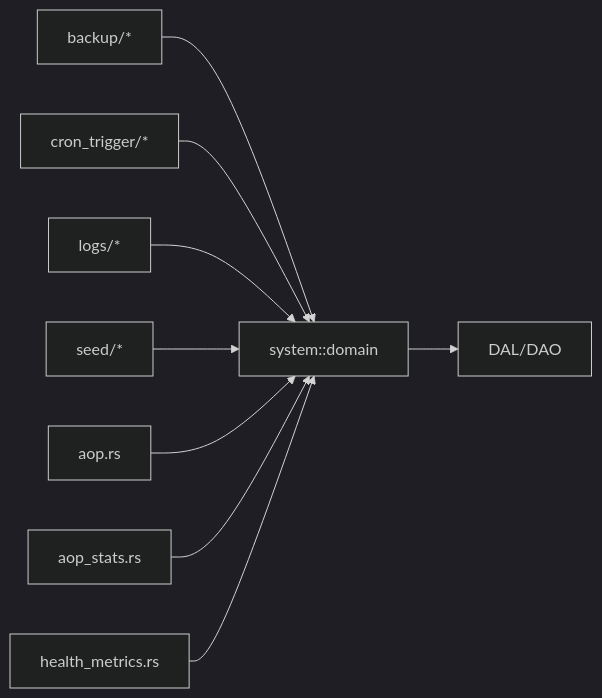
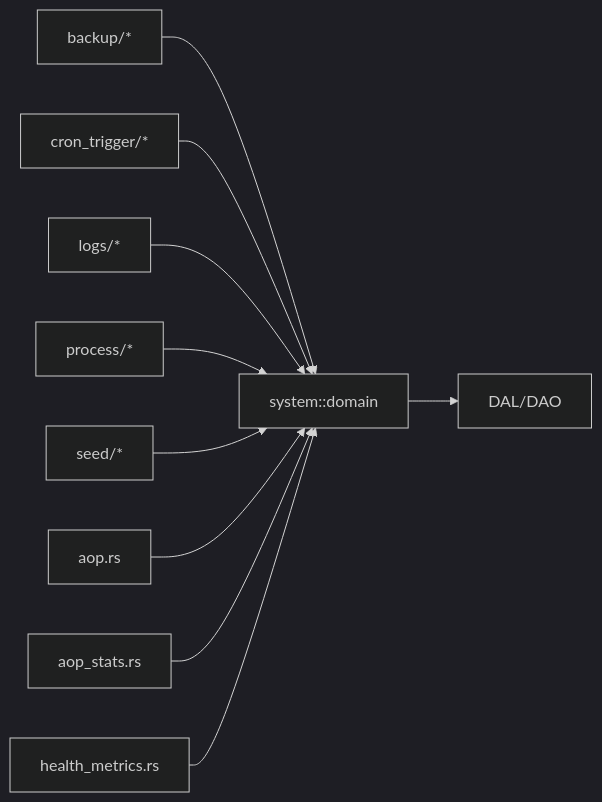
Before and after one commit to runningcoders/ai_orz: diagram 11 of 11 in .qoder/repowiki/zh/content/核心模块/处理器层/System模块处理器/System模块处理器.md, drawn with Mermaid (dark theme). The commit also changed other lines of this file and 299 other files, not shown here.

````diff
--- a/.qoder/repowiki/zh/content/核心模块/处理器层/System模块处理器/System模块处理器.md
+++ b/.qoder/repowiki/zh/content/核心模块/处理器层/System模块处理器/System模块处理器.md
@@ -323,11 +383,12 @@
 ```mermaid
 graph LR
 H1["backup/*"] --> D["system::domain"]
 H2["cron_trigger/*"] --> D
 H3["logs/*"] --> D
-H4["seed/*"] --> D
-H5["aop.rs"] --> D
-H6["aop_stats.rs"] --> D
-H7["health_metrics.rs"] --> D
+H4["process/*"] --> D
+H5["seed/*"] --> D
+H6["aop.rs"] --> D
+H7["aop_stats.rs"] --> D
+H8["health_metrics.rs"] --> D
 D --> DAL["DAL/DAO"]
 ```
````
